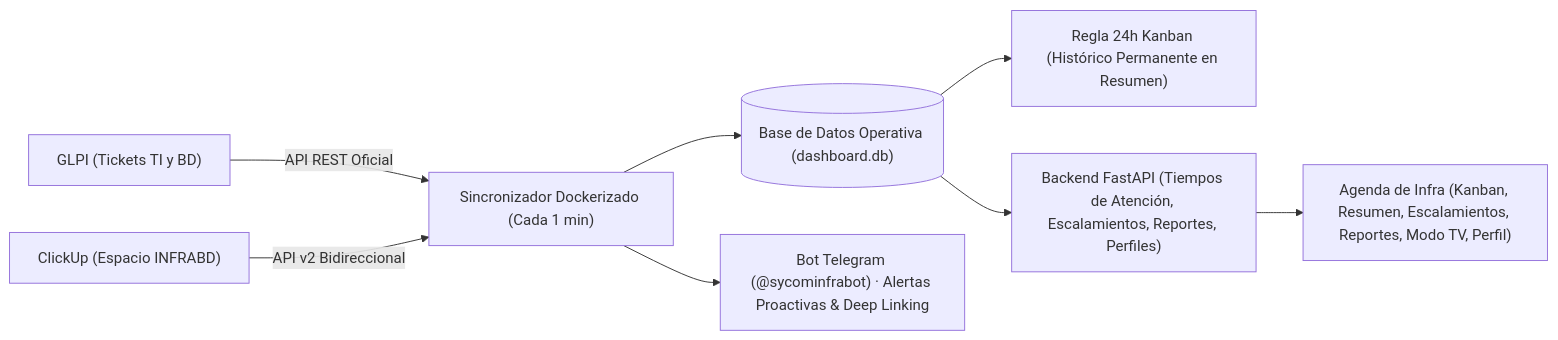
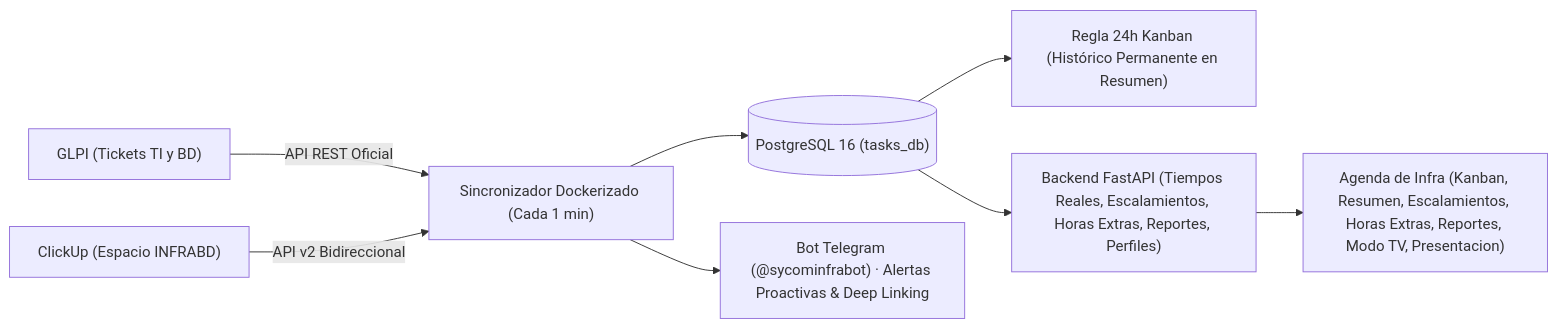
Before and after one commit to JuanFZ/infra-agenda: the diagram in PROPUESTA_MEJORAS_FASE2.md, drawn with Mermaid. The commit also changed other lines of this file and 2 other files, not shown here.

Commit message:
docs: update README.md and PROPUESTA_MEJORAS_FASE2.md to v3.1.0 with PostgreSQL 16, Overtime, Heatmaps, and Slide Deck

````diff
--- a/PROPUESTA_MEJORAS_FASE2.md
+++ b/PROPUESTA_MEJORAS_FASE2.md
@@ -14,10 +14,10 @@
 ```mermaid
 flowchart LR
     GLPI["GLPI (Tickets TI y BD)"] -->|API REST Oficial| SYNC["Sincronizador Dockerizado (Cada 1 min)"]
     CU["ClickUp (Espacio INFRABD)"] -->|API v2 Bidireccional| SYNC
-    SYNC --> DB[("Base de Datos Operativa (dashboard.db)")]
+    SYNC --> DB[("PostgreSQL 16 (tasks_db)")]
     DB --> REG["Regla 24h Kanban (Histórico Permanente en Resumen)"]
-    DB --> API["Backend FastAPI (Tiempos de Atención, Escalamientos, Reportes, Perfiles)"]
-    API --> WEB["Agenda de Infra (Kanban, Resumen, Escalamientos, Reportes, Modo TV, Perfil)"]
+    DB --> API["Backend FastAPI (Tiempos Reales, Escalamientos, Horas Extras, Reportes, Perfiles)"]
+    API --> WEB["Agenda de Infra (Kanban, Resumen, Escalamientos, Horas Extras, Reportes, Modo TV, Presentacion)"]
     SYNC --> TG["Bot Telegram (@sycominfrabot) · Alertas Proactivas & Deep Linking"]
 ```
````
